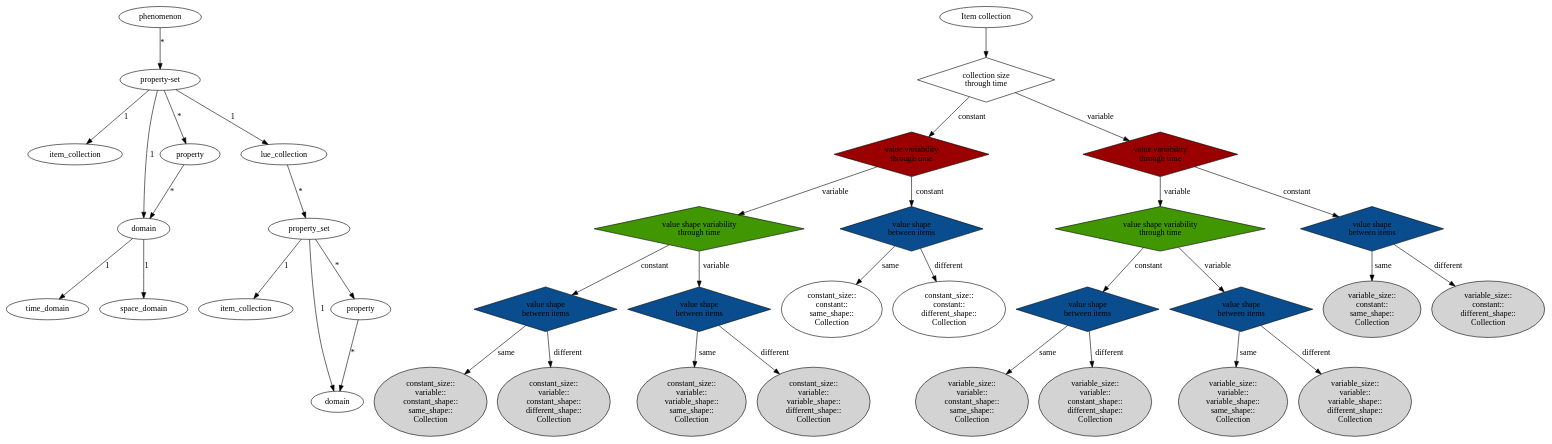
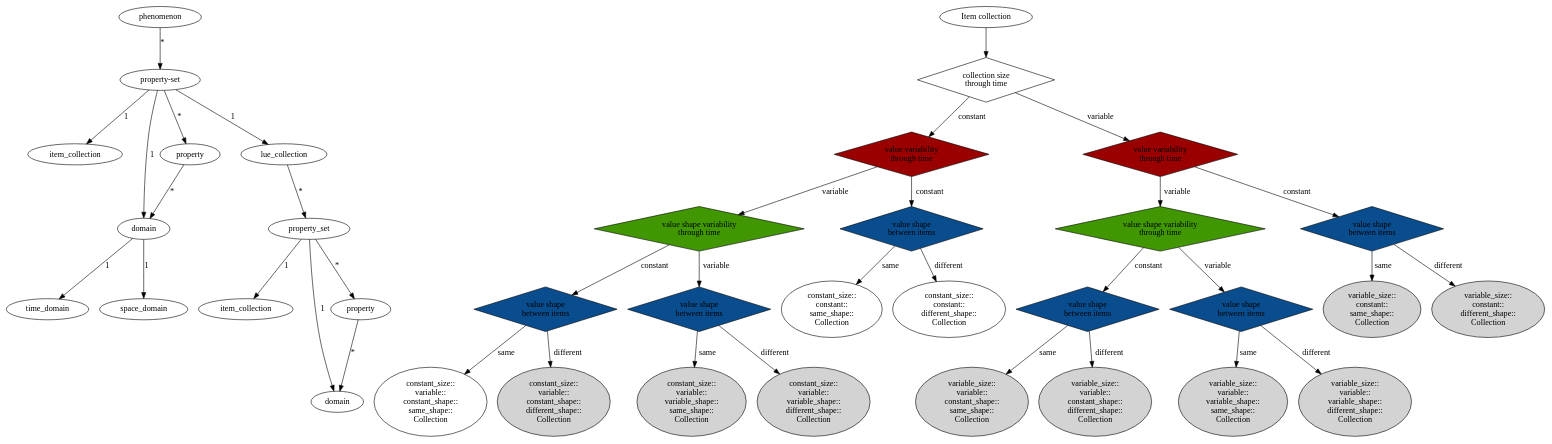
Before and after one commit to computationalgeography/lue: the diagram in source/lue_cxx/doc/datamodel.dot, drawn with Graphviz. The commit also changed 10 other files, not shown here.

```diff
--- a/source/lue_cxx/doc/datamodel.dot
+++ b/source/lue_cxx/doc/datamodel.dot
@@ -78,7 +78,11 @@
     ];
 
 
-    // Decissions --------------------------------------------------------------
+
+
+    // -------------------------------------------------------------------------
+    // Item collection taxonomy
+    // -------------------------------------------------------------------------
     node [
         shape=diamond
         style=filled;
@@ -163,6 +167,7 @@
     ];
     same_shape2 [
         label="constant_size::\nvariable::\nconstant_shape::\nsame_shape::\nCollection"
+        style=""
     ];
     different_shape2 [
         label="constant_size::\nvariable::\nconstant_shape::\ndifferent_shape::\nCollection"
```
